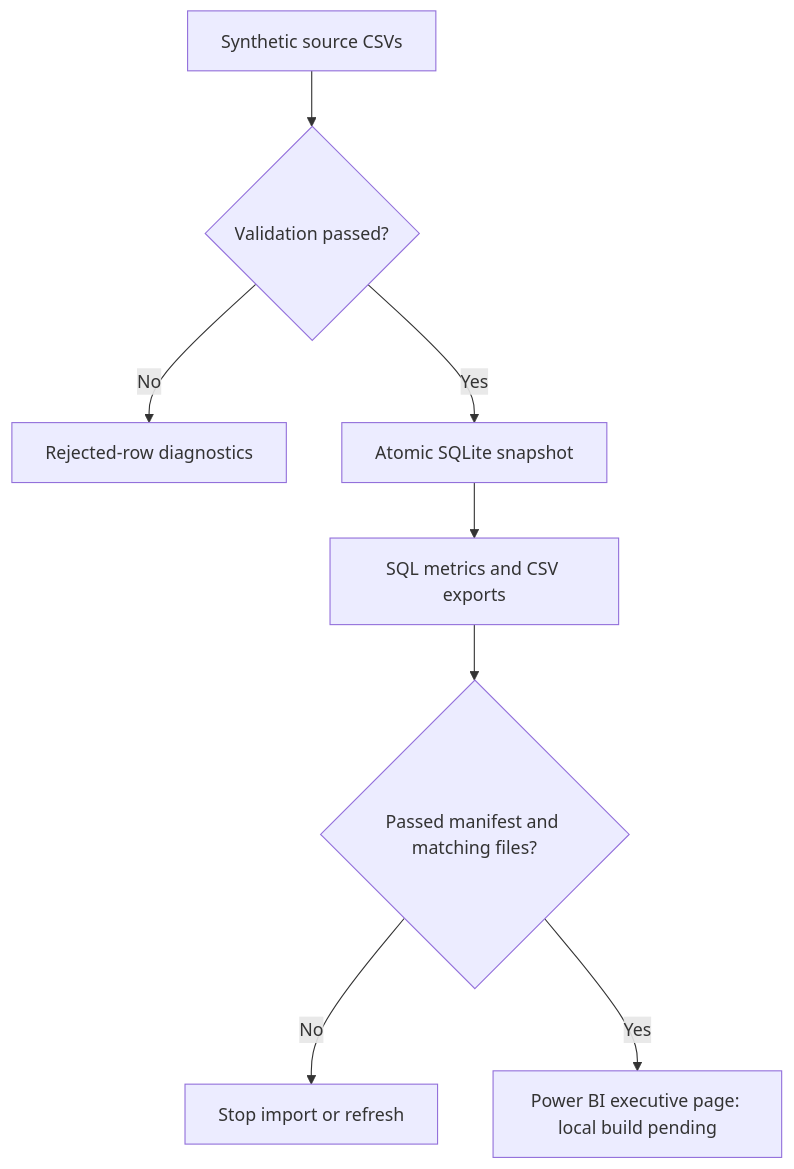
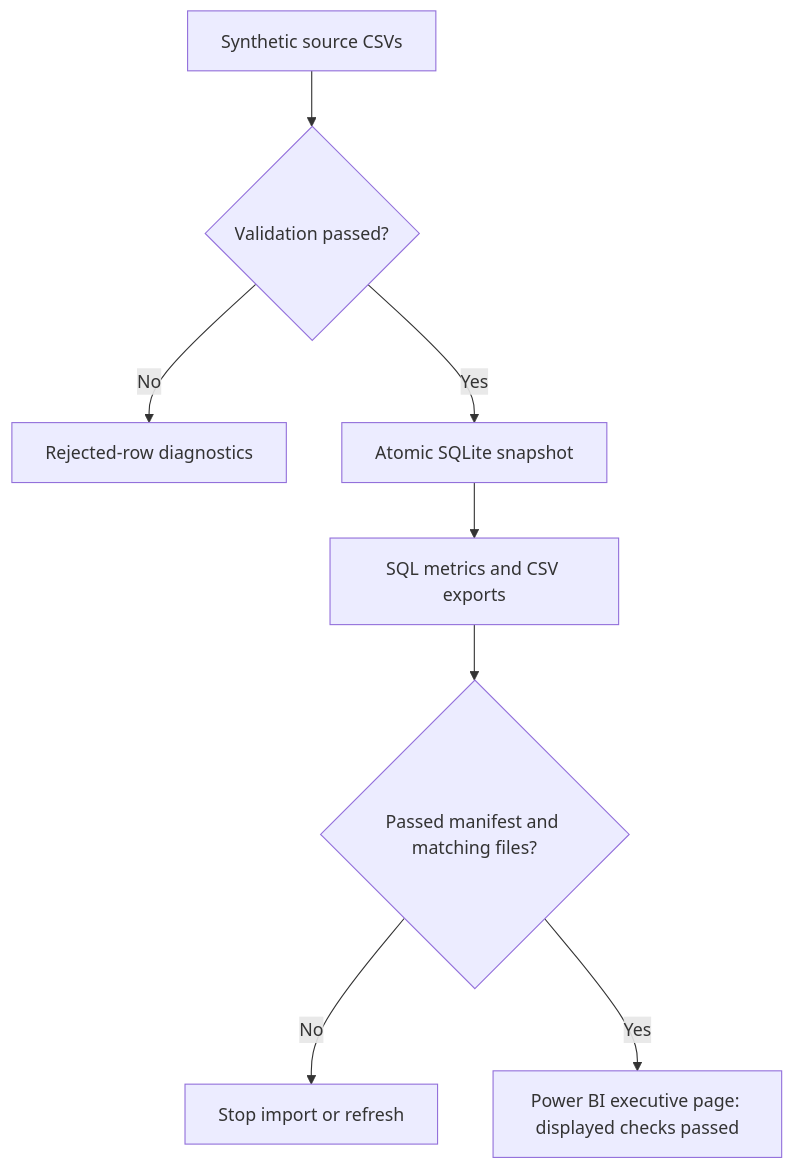
One commit to Tros112/operational-readiness-intelligence changed the diagram in README.md. Above: the diagram before and after it, drawn with Mermaid. The commit also changed other lines of this file and 8 other files, not shown here.

Commit message:
Complete Day 6 executive Power BI verification and table interaction fix

````diff
--- a/README.md
+++ b/README.md
@@ -48,10 +48,10 @@
 ```mermaid
 flowchart TD
     A["Synthetic source CSVs"] --> B{"Validation passed?"}
     B -->|No| C["Rejected-row diagnostics"]
     B -->|Yes| D["Atomic SQLite snapshot"]
     D --> E["SQL metrics and CSV exports"]
     E --> F{"Passed manifest and matching files?"}
     F -->|No| G["Stop import or refresh"]
-    F -->|Yes| H["Power BI executive page: local build pending"]
+    F -->|Yes| H["Power BI executive page: displayed checks passed"]
 ```
````
